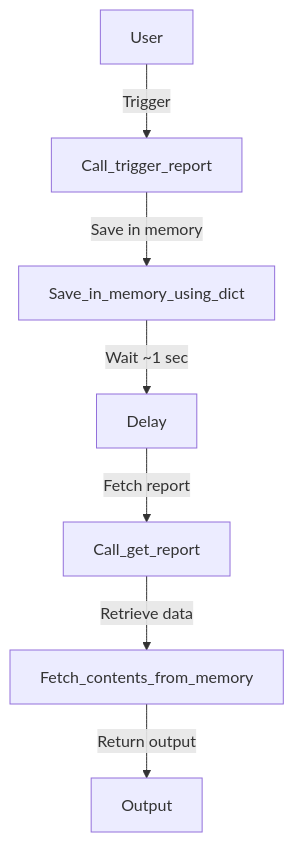
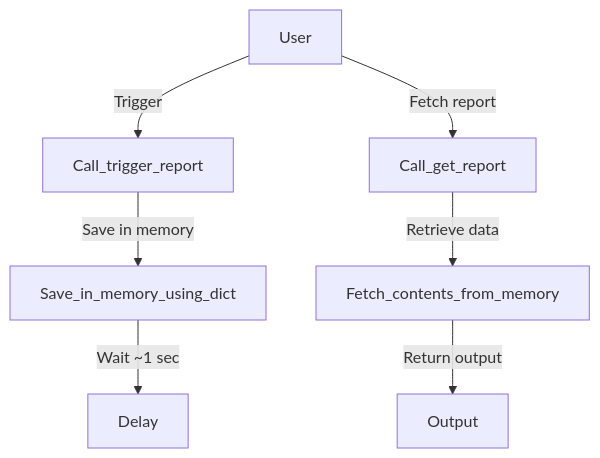
Before and after one commit to WRenchJr42/Yashas_10-03-2025: the first of 2 diagrams in README.md, drawn with Mermaid. The commit also changed other lines of this file, not shown here.

````diff
--- a/README.md
+++ b/README.md
@@ -8,10 +8,10 @@
 ```mermaid
 graph TD;
     User -->|Trigger| Call_trigger_report;
     Call_trigger_report -->|Save in memory| Save_in_memory_using_dict;
     Save_in_memory_using_dict -->|Wait ~1 sec| Delay;
-    Delay -->|Fetch report| Call_get_report;
+    User -->|Fetch report| Call_get_report;
     Call_get_report -->|Retrieve data| Fetch_contents_from_memory;
     Fetch_contents_from_memory -->|Return output| Output;
 
 ```
````
